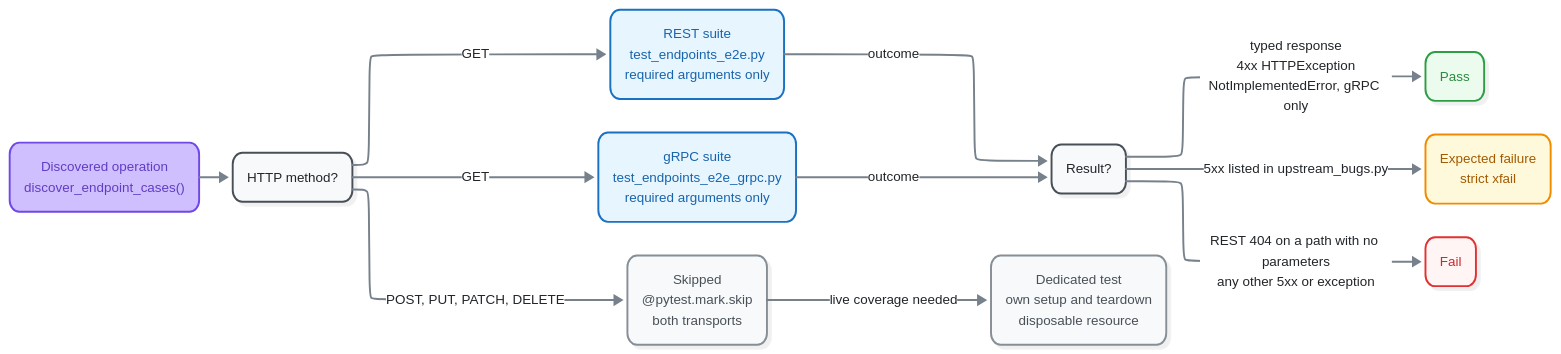
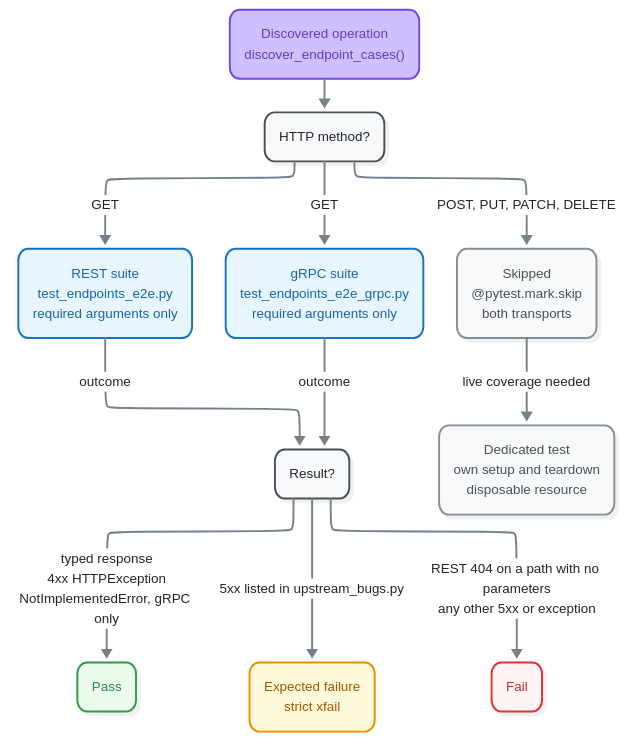
One commit to alexdearaujo/community_sdk_python changed the diagram in tests/e2e/README.md. Above: the diagram before and after it, drawn with Mermaid. The commit also changed 9 other files, not shown here.

First line of the commit message:
docs: clean up the hand-written Mermaid diagrams

````diff
--- a/tests/e2e/README.md
+++ b/tests/e2e/README.md
@@ -36,40 +36,40 @@
 ```mermaid
 %%{init: {"theme": "redux", "look": "neo", "layout": "elk", "fontFamily": "ui-monospace, SFMono-Regular, Menlo, monospace", "themeVariables": {"fontFamily": "ui-monospace, SFMono-Regular, Menlo, monospace", "primaryColor": "#f8f9fa", "primaryBorderColor": "#495057", "primaryTextColor": "#212529", "textColor": "#212529", "lineColor": "#77818c", "edgeLabelBackground": "#ffffff", "actorBkg": "#f8f9fa", "actorBorder": "#495057", "actorTextColor": "#212529", "actorLineColor": "#a9b3be", "signalColor": "#57616d", "signalTextColor": "#212529", "labelBoxBkgColor": "#f8f9fa", "labelBoxBorderColor": "#495057", "labelTextColor": "#212529", "loopTextColor": "#57616d", "noteBkgColor": "#fff9db", "noteBorderColor": "#f08c00", "noteTextColor": "#a35a00"}, "flowchart": {"curve": "basis", "nodeSpacing": 30, "rankSpacing": 70, "wrappingWidth": 400}}}%%
-flowchart LR
+flowchart TD
   op("Discovered operation<br/>discover_endpoint_cases()"):::violetSrc
   verb("HTTP method?"):::hub
   rest("REST suite<br/>test_endpoints_e2e.py<br/>required arguments only"):::blue
   grpc("gRPC suite<br/>test_endpoints_e2e_grpc.py<br/>required arguments only"):::blue
   skip("Skipped<br/>@pytest.mark.skip<br/>both transports"):::cell
   result("Result?"):::hub
   own("Dedicated test<br/>own setup and teardown<br/>disposable resource"):::cell
   pass("Pass"):::green
   xfail("Expected failure<br/>strict xfail"):::yellow
   fail("Fail"):::red
 
   op --> verb
   verb -->|"GET"| rest
   verb -->|"GET"| grpc
   verb -->|"POST, PUT, PATCH, DELETE"| skip
   rest -->|"outcome"| result
   grpc -->|"outcome"| result
   skip -->|"live coverage needed"| own
   result -->|"typed response<br/>4xx HTTPException<br/>NotImplementedError, gRPC only"| pass
   result -->|"5xx listed in upstream_bugs.py"| xfail
   result -->|"REST 404 on a path with no parameters<br/>any other 5xx or exception"| fail
 
   click op "../_discovery.py"
   click rest "test_endpoints_e2e.py"
   click grpc "test_endpoints_e2e_grpc.py"
   click xfail "upstream_bugs.py"
 
   classDef violetSrc fill:#d0bfff,stroke:#7048e8,color:#5f3dc4
   classDef blue fill:#e7f5ff,stroke:#1971c2,color:#1864ab
   classDef green fill:#ebfbee,stroke:#2f9e44,color:#2b8a3e
   classDef yellow fill:#fff9db,stroke:#f08c00,color:#a35a00
   classDef red fill:#fff5f5,stroke:#e03131,color:#c92a2a
   classDef hub fill:#f8f9fa,stroke:#495057,color:#212529
   classDef cell fill:#f8f9fa,stroke:#868e96,color:#495057
   classDef violetSrc,blue,green,yellow,red,hub,cell stroke-width:2px,rx:10px
   linkStyle default stroke-width:2px,stroke-linecap:round,stroke-linejoin:round
 ```
````
